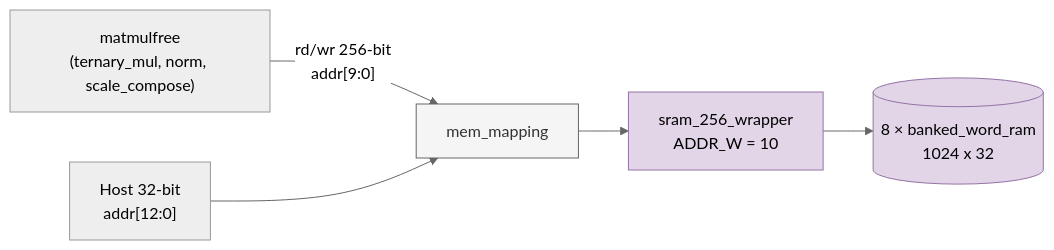
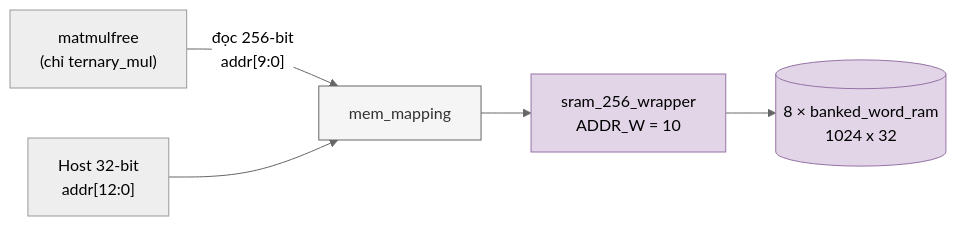
The diagram in Verilog Source code/doc/modules/mem_mapping.md (nguyennhutkhanhtom/NPU), drawn with Mermaid (neutral theme) before and after one commit. The commit also changed other lines of this file and 16 other files, not shown here.

````diff
--- a/Verilog Source code/doc/modules/mem_mapping.md
+++ b/Verilog Source code/doc/modules/mem_mapping.md
@@ -30,9 +30,9 @@
 ```mermaid
 flowchart LR
     classDef param fill:#f5f5f5,stroke:#666666,color:#333
     classDef infra fill:#e1d5e7,stroke:#9673a6,color:#000
-    C["matmulfree<br/>(ternary_mul, norm, scale_compose)"] -->|"rd/wr 256-bit<br/>addr[9:0]"| MM["mem_mapping"]:::param
+    C["matmulfree<br/>(chỉ ternary_mul)"] -->|"đọc 256-bit<br/>addr[9:0]"| MM["mem_mapping"]:::param
     H["Host 32-bit<br/>addr[12:0]"] --> MM
     MM --> W["sram_256_wrapper<br/>ADDR_W = 10"]:::infra
     W --> B[("8 × banked_word_ram<br/>1024 x 32")]:::infra
 ```
````
